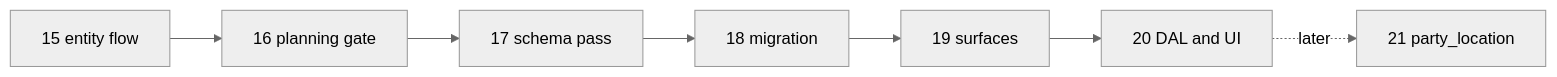
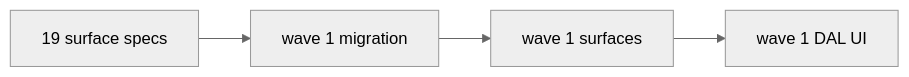
The second of 2 diagrams in apps/subhub/docs/tasks/01-task-index.md (rebischoff/latch), drawn with Mermaid (neutral theme) before and after one commit. The commit also changed other lines of this file and 41 other files, not shown here.

First line of the commit message:
Update SubHub documentation for schema and task revisions

````diff
--- a/apps/subhub/docs/tasks/01-task-index.md
+++ b/apps/subhub/docs/tasks/01-task-index.md
@@ -104,9 +127,6 @@
 ```mermaid
 flowchart LR
-  t15[15 entity flow] --> t16[16 planning gate]
-  t16 --> t17[17 schema pass]
-  t17 --> t18[18 migration]
-  t18 --> t19[19 surfaces]
-  t19 --> t20[20 DAL and UI]
-  t20 -.->|later| t21[21 party_location]
+  t19[19 surface specs] --> w1m[wave 1 migration]
+  w1m --> w1s[wave 1 surfaces]
+  w1s --> w1u[wave 1 DAL UI]
 ```
````
